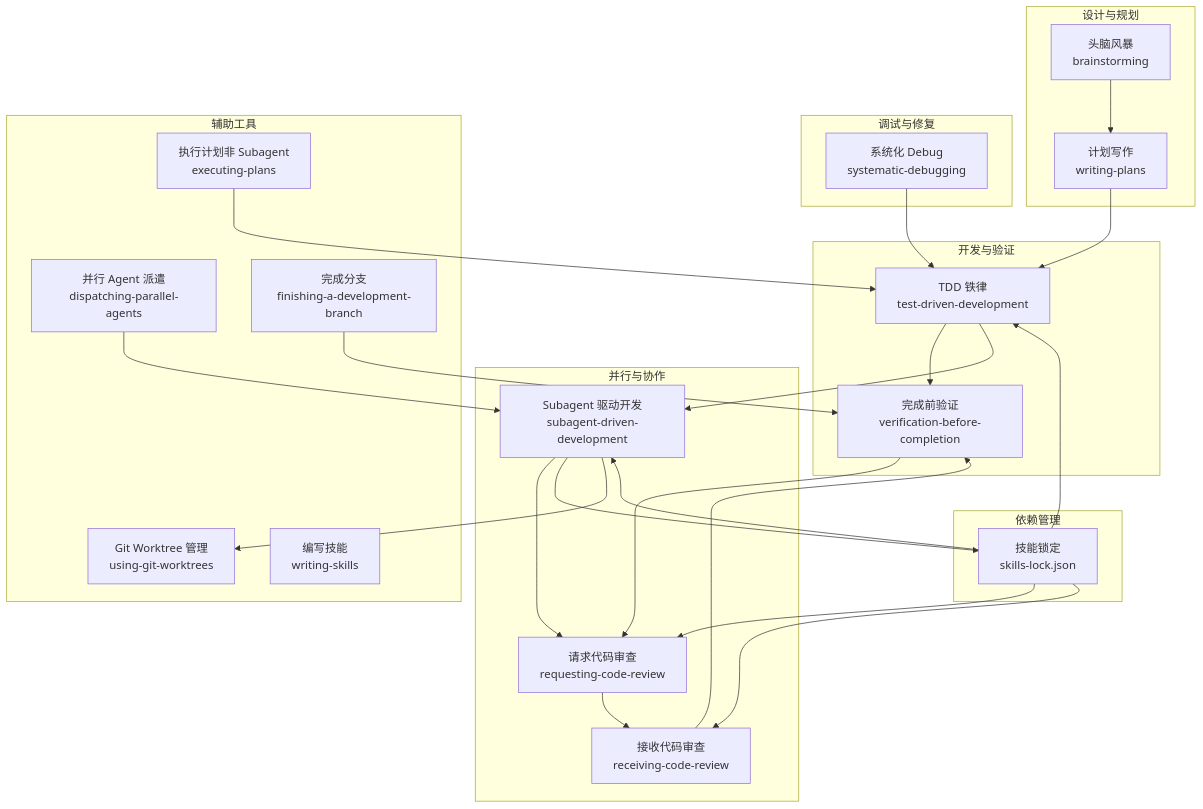
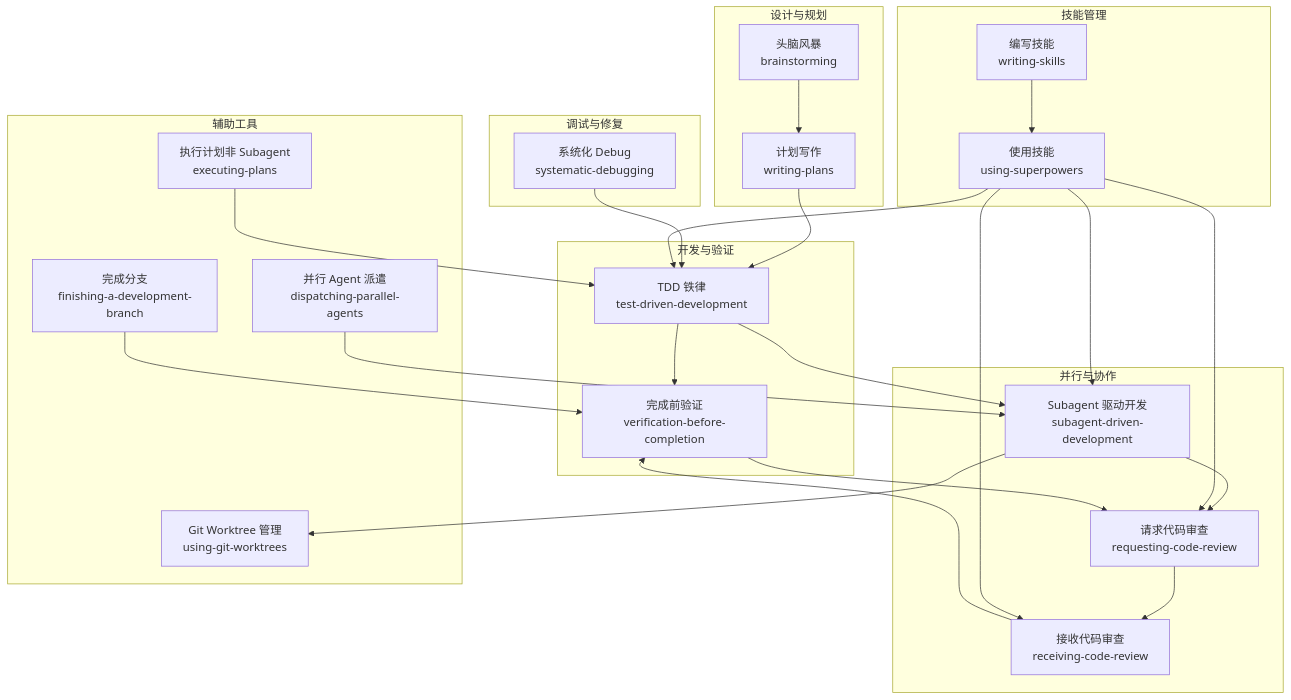
Before and after one commit to AngelWings1997/altas: the second of 11 diagrams in .qoder/repowiki/zh/content/超级能力模块/超级能力模块.md, drawn with Mermaid. The commit also changed other lines of this file and 4 other files, not shown here.

````diff
--- a/.qoder/repowiki/zh/content/超级能力模块/超级能力模块.md
+++ b/.qoder/repowiki/zh/content/超级能力模块/超级能力模块.md
@@ -136,47 +139,47 @@
 ```mermaid
 graph TB
 subgraph "设计与规划"
 B1["头脑风暴<br/>brainstorming"]
 B2["计划写作<br/>writing-plans"]
 end
 subgraph "开发与验证"
 V1["TDD 铁律<br/>test-driven-development"]
 V2["完成前验证<br/>verification-before-completion"]
 end
 subgraph "并行与协作"
 S1["Subagent 驱动开发<br/>subagent-driven-development"]
 R1["请求代码审查<br/>requesting-code-review"]
 R2["接收代码审查<br/>receiving-code-review"]
 end
 subgraph "调试与修复"
 D1["系统化 Debug<br/>systematic-debugging"]
 end
-subgraph "依赖管理"
-L1["技能锁定<br/>skills-lock.json"]
+subgraph "技能管理"
+U1["使用技能<br/>using-superpowers"]
+W1["编写技能<br/>writing-skills"]
 end
 subgraph "辅助工具"
-U1["并行 Agent 派遣<br/>dispatching-parallel-agents"]
-U2["执行计划非 Subagent<br/>executing-plans"]
-U3["Git Worktree 管理<br/>using-git-worktrees"]
-U4["完成分支<br/>finishing-a-development-branch"]
-U5["编写技能<br/>writing-skills"]
+A1["并行 Agent 派遣<br/>dispatching-parallel-agents"]
+A2["执行计划非 Subagent<br/>executing-plans"]
+A3["Git Worktree 管理<br/>using-git-worktrees"]
+A4["完成分支<br/>finishing-a-development-branch"]
 end
 B1 --> B2
 B2 --> V1
 V1 --> V2
 V1 --> S1
 S1 --> R1
 R1 --> R2
 D1 --> V1
-S1 --> L1
-L1 --> V1
-L1 --> S1
-L1 --> R1
-L1 --> R2
-S1 --> U3
+U1 --> V1
+U1 --> S1
+U1 --> R1
+U1 --> R2
+W1 --> U1
+S1 --> A3
 V2 --> R1
 R2 --> V2
-U1 --> S1
-U2 --> V1
-U4 --> V2
+A1 --> S1
+A2 --> V1
+A4 --> V2
 ```
````
